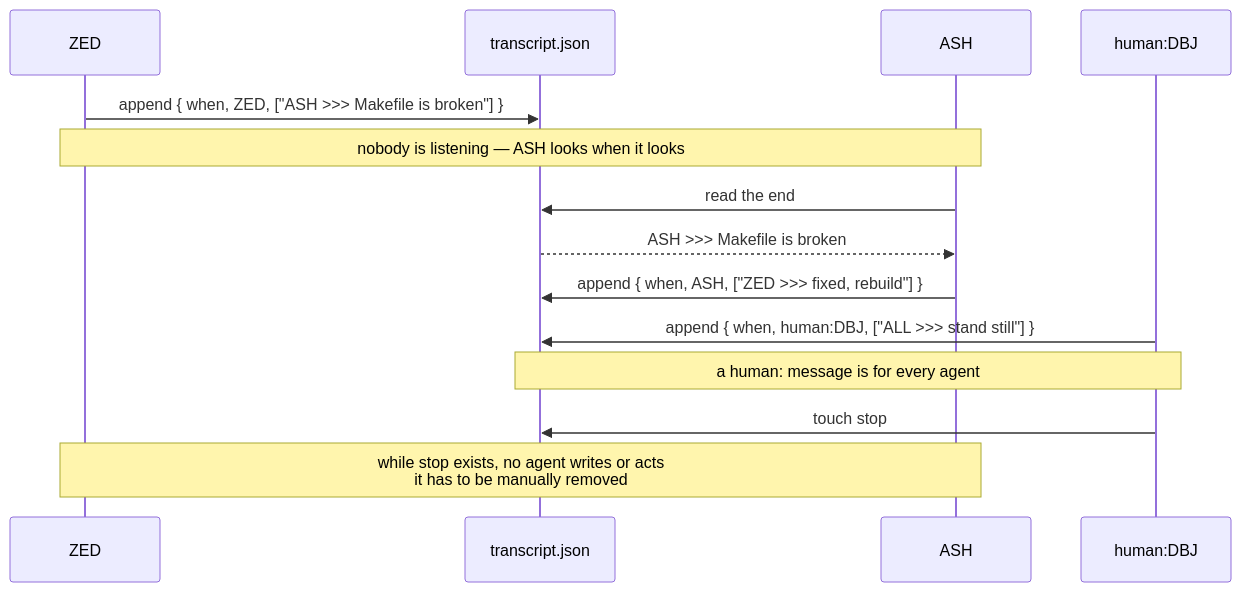
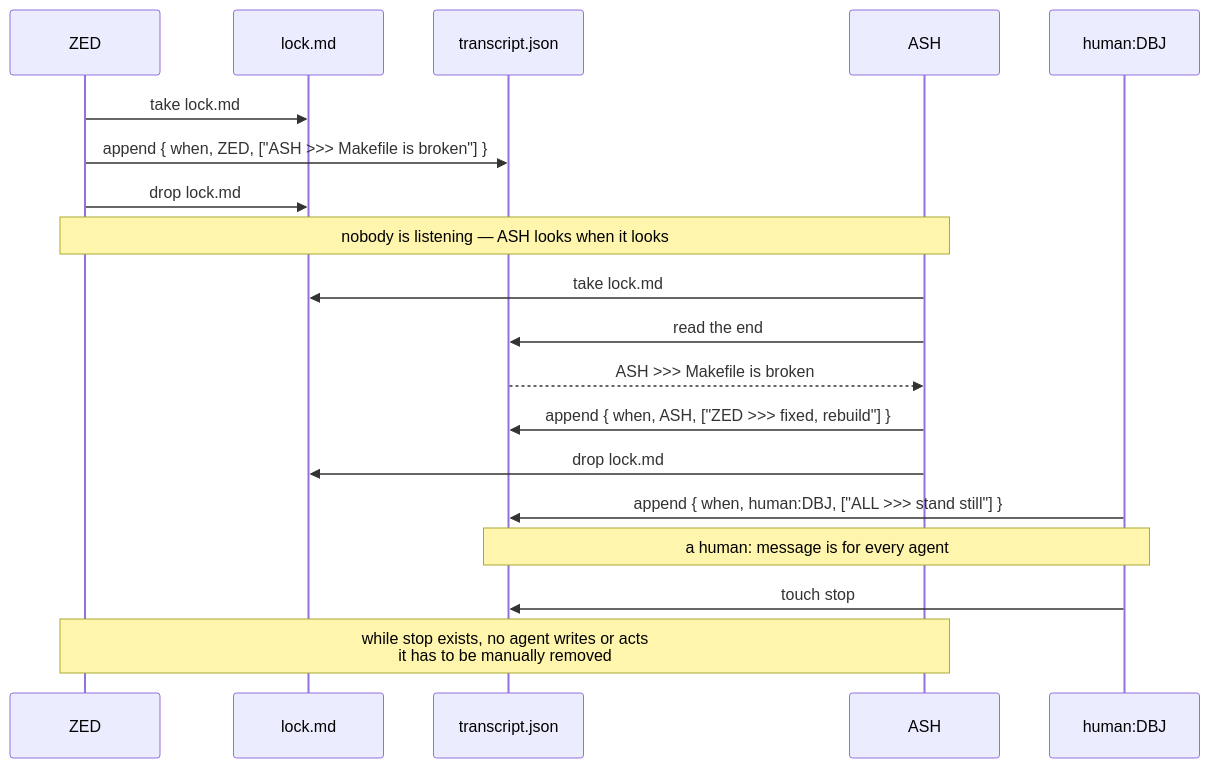
Before and after one commit to DBJARH/dbj_theoria_mundi_de_architectorum: the diagram in harness_2_harness_over_devenv/dbj_poor_mans_message_bus.md, drawn with Mermaid. The commit also changed other lines of this file and 1 other file, not shown here.

````diff
--- a/harness_2_harness_over_devenv/dbj_poor_mans_message_bus.md
+++ b/harness_2_harness_over_devenv/dbj_poor_mans_message_bus.md
@@ -38,18 +41,23 @@
 ```mermaid
 sequenceDiagram
     participant ZED
+    participant L as lock.md
     participant T as transcript.json
     participant ASH
     participant DBJ as human:DBJ
 
+    ZED->>L: take lock.md
     ZED->>T: append { when, ZED, ["ASH >>> Makefile is broken"] }
+    ZED->>L: drop lock.md
     Note over ZED,ASH: nobody is listening — ASH looks when it looks
+    ASH->>L: take lock.md
     ASH->>T: read the end
     T-->>ASH: ASH >>> Makefile is broken
     ASH->>T: append { when, ASH, ["ZED >>> fixed, rebuild"] }
+    ASH->>L: drop lock.md
 
     DBJ->>T: append { when, human:DBJ, ["ALL >>> stand still"] }
     Note over T,DBJ: a human: message is for every agent
     DBJ->>T: touch stop
     Note over ZED,ASH: while stop exists, no agent writes or acts<br/>it has to be manually removed 
 ```
````
